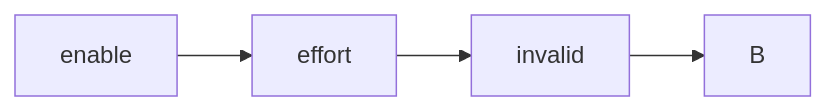
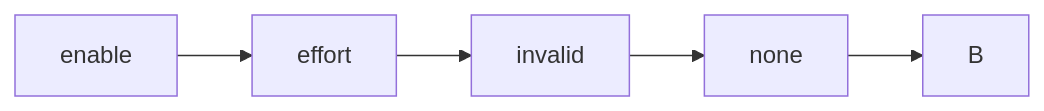
Before and after one commit to eric4057/model-chat-completions-params: the second of 2 diagrams in ARCHITECTURE.md, drawn with Mermaid. The commit also changed other lines of this file and 24 other files, not shown here.

````diff
--- a/ARCHITECTURE.md
+++ b/ARCHITECTURE.md
@@ -42,4 +56,4 @@
 ```mermaid
 flowchart LR
-  enable --> effort --> invalid --> B
+  enable --> effort --> invalid --> none --> B
 ```
````
